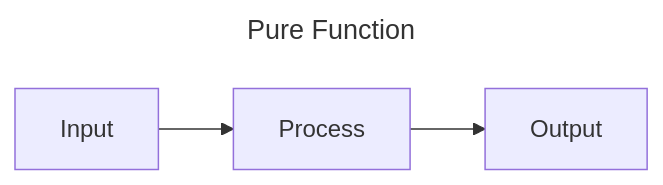
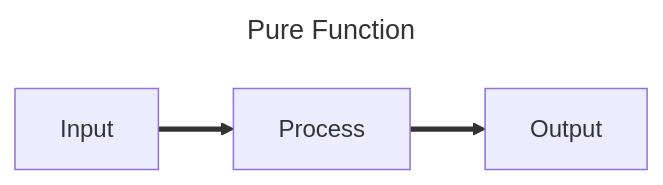
The first of 2 diagrams in src/language-basics/functions.md (Rust-Simply/idiomatic-rust-in-simple-steps), drawn with Mermaid before and after one commit. The commit also changed other lines of this file and 4 other files, not shown here.

````diff
--- a/src/language-basics/functions.md
+++ b/src/language-basics/functions.md
@@ -14,8 +20,8 @@
 ```mermaid
 ---
 title: Pure Function
 ---
 graph LR;
-    Input --> Process
-    Process --> Output
+    Input ==> Process
+    Process ==> Output
 ```
````
